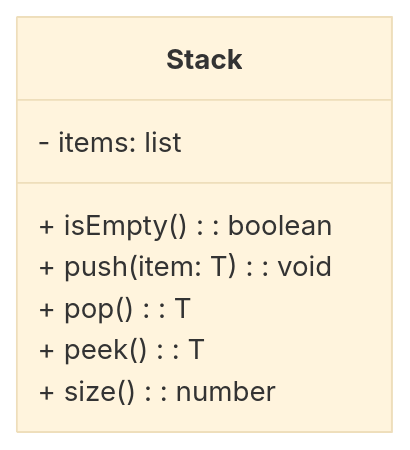
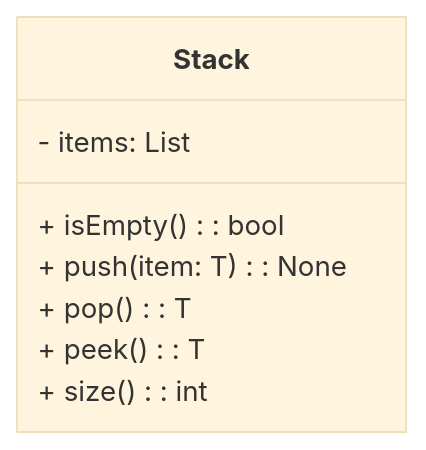
One commit to GMyhf/2025spring-cs201 changed the second of 4 diagrams in winter_week1_OOP_linear_structure.md. Above: the diagram before and after it, drawn with Mermaid (base theme). The commit also changed other lines of this file, not shown here.

````diff
--- a/winter_week1_OOP_linear_structure.md
+++ b/winter_week1_OOP_linear_structure.md
@@ -3103,12 +3103,12 @@
 ```mermaid
 classDiagram
     class Stack {
-        - items: list
+        - items: List
         
-        + isEmpty(): boolean
-        + push(item: T): void
+        + isEmpty(): bool
+        + push(item: T): None
         + pop(): T
         + peek(): T 
-        + size(): number
+        + size(): int
     }
 ```
````
